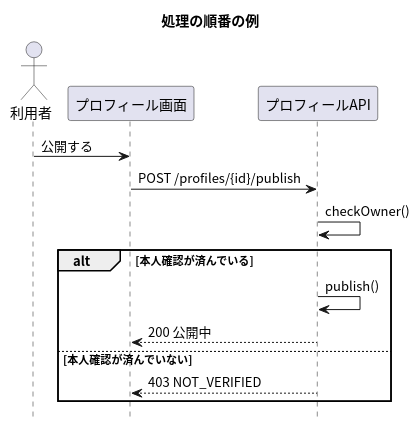
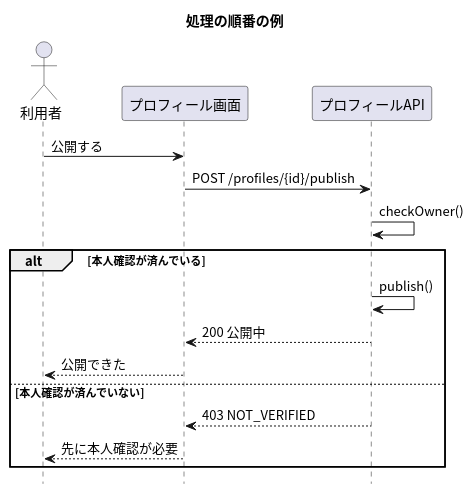
One commit to masamasamasato/design-doc-template changed the diagram in docs/examples/処理の順番.puml. Above: the diagram before and after it, drawn with PlantUML. The commit also changed 109 other files, not shown here.

```diff
--- a/docs/examples/処理の順番.puml
+++ b/docs/examples/処理の順番.puml
@@ -1,22 +1,24 @@
 @startuml
 skinparam shadowing false
 skinparam defaultFontName "Noto Sans CJK JP"
 skinparam SequenceFontName "Noto Sans CJK JP"
 hide footbox
 
 title 処理の順番の例
 
 actor "利用者" as User
 participant "プロフィール画面" as Screen
 participant "プロフィールAPI" as API
 
 User -> Screen : 公開する
 Screen -> API : POST /profiles/{id}/publish
 API -> API : checkOwner()
 alt 本人確認が済んでいる
   API -> API : publish()
   API --> Screen : 200 公開中
+  Screen --> User : 公開できた
 else 本人確認が済んでいない
   API --> Screen : 403 NOT_VERIFIED
+  Screen --> User : 先に本人確認が必要
 end
 @enduml
```
